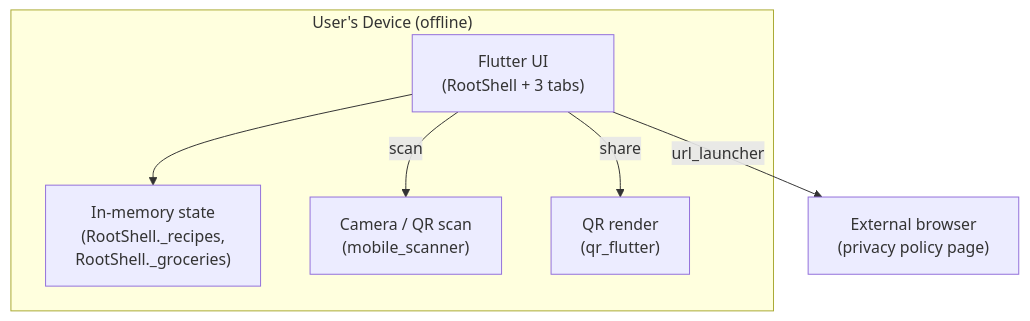
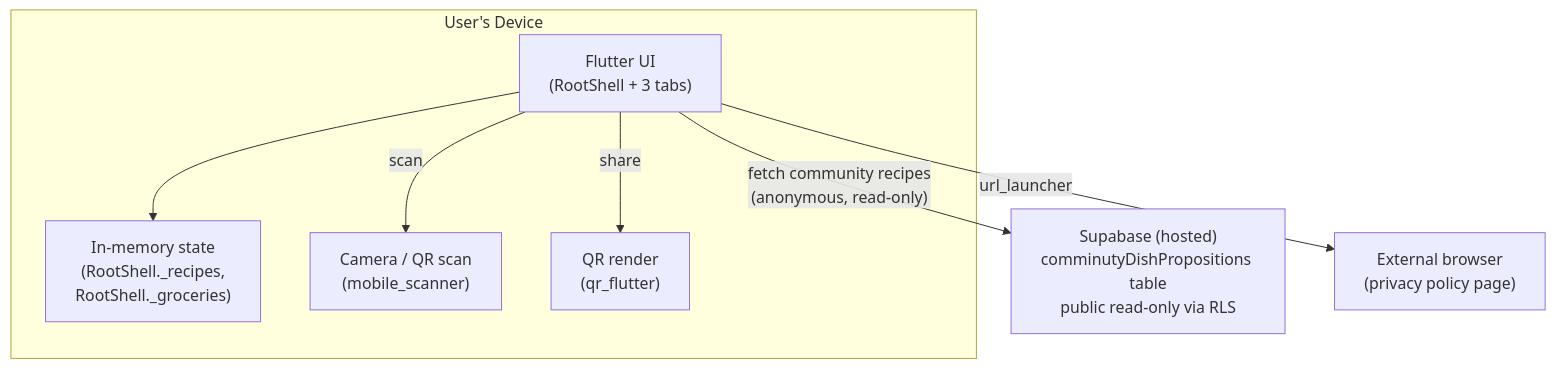
Before and after one commit to oussama-hammami/eating_app: the diagram in PROJECT_DOCUMENTATION.md, drawn with Mermaid. The commit also changed other lines of this file and 12 other files, not shown here.

````diff
--- a/PROJECT_DOCUMENTATION.md
+++ b/PROJECT_DOCUMENTATION.md
@@ -183,15 +191,17 @@
 ```mermaid
 flowchart TB
-    subgraph Device["User's Device (offline)"]
+    subgraph Device["User's Device"]
         UI["Flutter UI\n(RootShell + 3 tabs)"]
         InMemory["In-memory state\n(RootShell._recipes,\nRootShell._groceries)"]
         Camera["Camera / QR scan\n(mobile_scanner)"]
         QR["QR render\n(qr_flutter)"]
     end
+    Supabase["Supabase (hosted)\ncomminutyDishPropositions table\npublic read-only via RLS"]
     Browser["External browser\n(privacy policy page)"]
 
     UI --> InMemory
+    UI -- "fetch community recipes\n(anonymous, read-only)" --> Supabase
     UI -- share --> QR
     UI -- scan --> Camera
     UI -- url_launcher --> Browser
 ```
````
